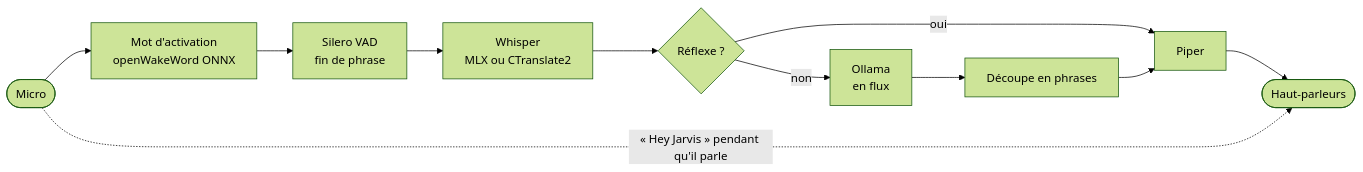
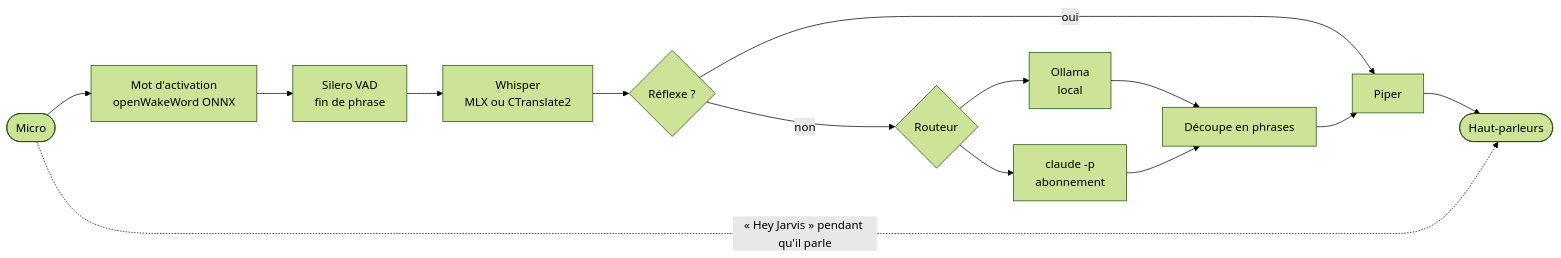
The diagram in README.md (sacha9214/jarvis-vocal), drawn with Mermaid (forest theme) before and after one commit. The commit also changed other lines of this file and 17 other files, not shown here.

First line of the commit message:
Étape 2 : abonnement Claude via le binaire officiel claude

````diff
--- a/README.md
+++ b/README.md
@@ -93,13 +123,16 @@
 ```mermaid
 flowchart LR
     Mic([Micro]) --> WW[Mot d'activation<br/>openWakeWord ONNX]
     WW --> VAD[Silero VAD<br/>fin de phrase]
     VAD --> STT[Whisper<br/>MLX ou CTranslate2]
     STT --> FP{Réflexe ?}
     FP -- oui --> TTS
-    FP -- non --> LLM[Ollama<br/>en flux]
-    LLM --> CH[Découpe en phrases]
+    FP -- non --> R{Routeur}
+    R --> OL[Ollama<br/>local]
+    R --> CC[claude -p<br/>abonnement]
+    OL --> CH[Découpe en phrases]
+    CC --> CH
     CH --> TTS[Piper]
     TTS --> Out([Haut-parleurs])
     Mic -. « Hey Jarvis » pendant qu'il parle .-> Out
 ```
````
